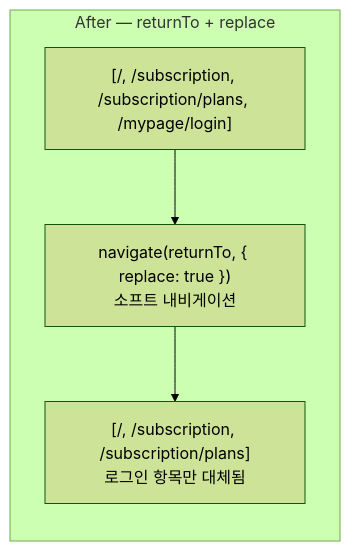
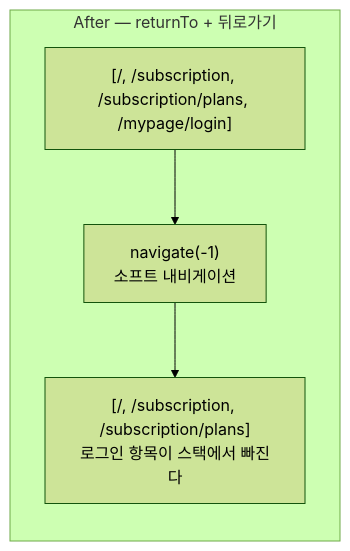
The second of 4 diagrams in apps/web/docs/feature/auth/login-return.md (lemoncloud-io/dou-app), drawn with Mermaid (forest theme) before and after one commit. The commit also changed other lines of this file and 2 other files, not shown here.

First line of the commit message:
docs(web/auth): correct the login-return design generation and delete the superseded invite doc

````diff
--- a/apps/web/docs/feature/auth/login-return.md
+++ b/apps/web/docs/feature/auth/login-return.md
@@ -144,9 +147,9 @@
 ```mermaid
 flowchart LR
-    subgraph after["After — returnTo + replace"]
+    subgraph after["After — returnTo + 뒤로가기"]
         A1["[/, /subscription, /subscription/plans, /mypage/login]"]
-        A2["navigate(returnTo, { replace: true })<br/>소프트 내비게이션"]
-        A3["[/, /subscription, /subscription/plans]<br/>로그인 항목만 대체됨"]
+        A2["navigate(-1)<br/>소프트 내비게이션"]
+        A3["[/, /subscription, /subscription/plans]<br/>로그인 항목이 스택에서 빠진다"]
         A1 --> A2 --> A3
     end
 ```
````
